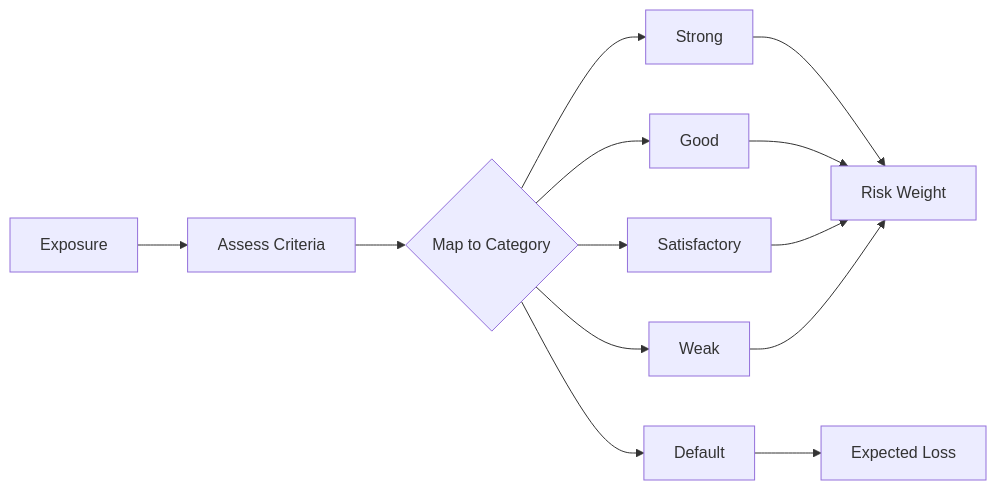
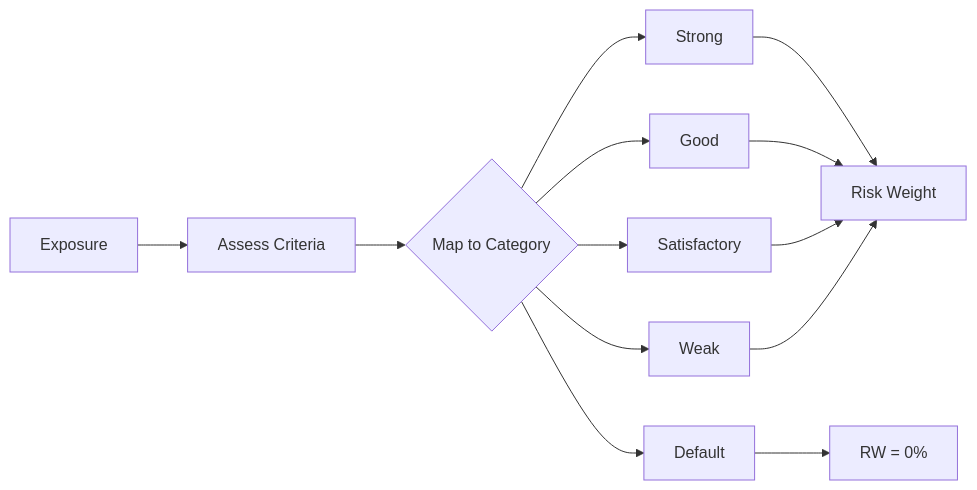
Before and after one commit to OpenAfterHours/rwa_calculator: the diagram in docs/user-guide/methodology/specialised-lending.md, drawn with Mermaid. The commit also changed other lines of this file and 1 other file, not shown here.

````diff
--- a/docs/user-guide/methodology/specialised-lending.md
+++ b/docs/user-guide/methodology/specialised-lending.md
@@ -21,15 +21,15 @@
 ```mermaid
 flowchart LR
     A[Exposure] --> B[Assess Criteria]
     B --> C{Map to Category}
     C --> D[Strong]
     C --> E[Good]
     C --> F[Satisfactory]
     C --> G[Weak]
     C --> H[Default]
     D --> I[Risk Weight]
     E --> I
     F --> I
     G --> I
-    H --> J[Expected Loss]
+    H --> J[RW = 0%]
 ```
````
